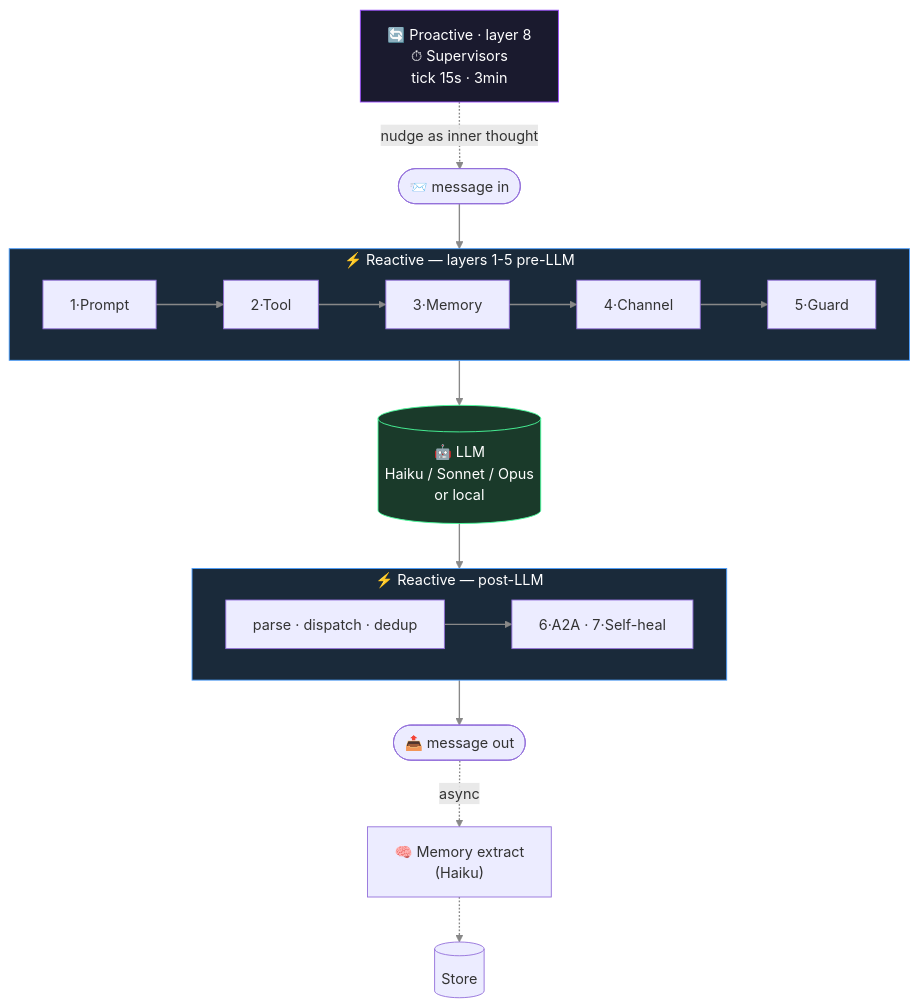
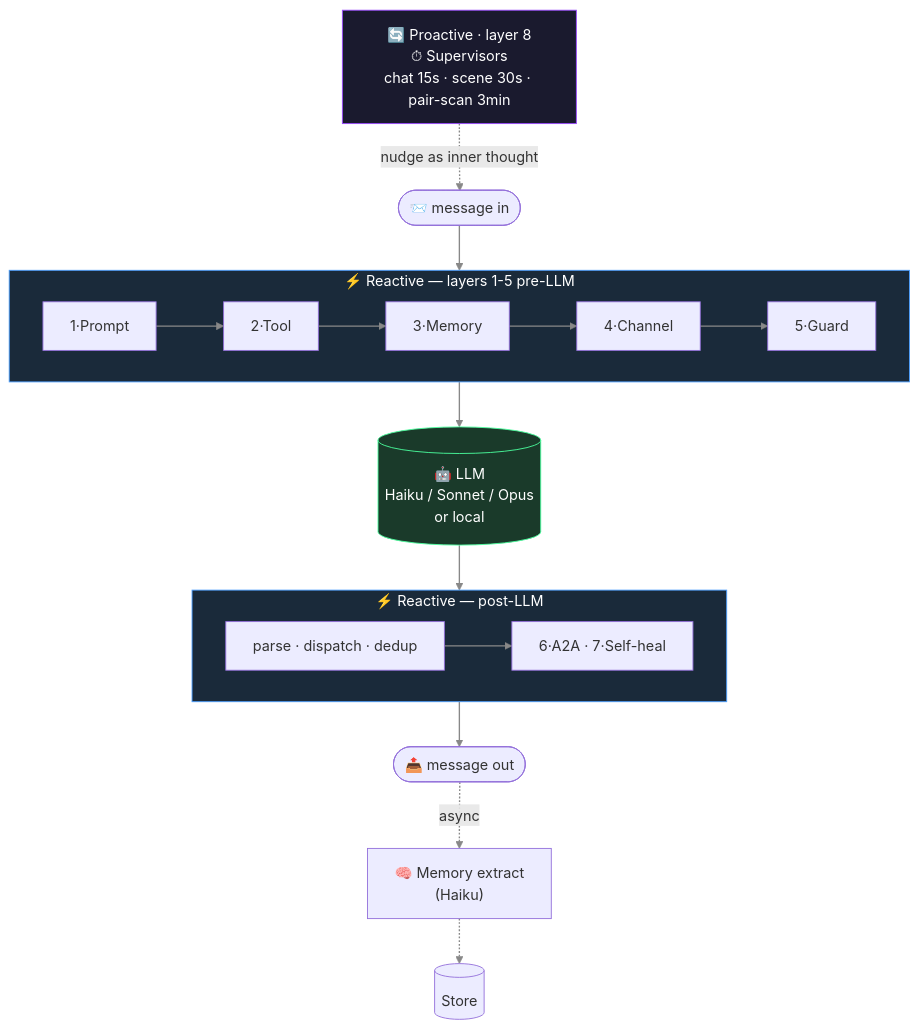
Before and after one commit to je-empty/Glimi: the first of 3 diagrams in README.md, drawn with Mermaid. The commit also changed other lines of this file, not shown here.

````diff
--- a/README.md
+++ b/README.md
@@ -114,24 +114,24 @@
 ```mermaid
 flowchart TB
     linkStyle default stroke:#888,stroke-width:1.5px
     In([📨 message in]) --> Stack
     subgraph Stack["⚡ Reactive — layers 1-5 pre-LLM"]
         direction LR
         R1["1·Prompt"] --> R2["2·Tool"] --> R3["3·Memory"] --> R4["4·Channel"] --> R5["5·Guard"]
     end
     Stack --> LLM[("🤖 LLM<br/>Haiku / Sonnet / Opus<br/>or local")]
     LLM --> Post
     subgraph Post["⚡ Reactive — post-LLM"]
         direction LR
         P1["parse · dispatch · dedup"] --> P2["6·A2A · 7·Self-heal"]
     end
     Post --> Out([📤 message out])
     Out -. "async" .-> Ex["🧠 Memory extract<br/>(Haiku)"] -.-> DB[("Store")]
 
-    Sup["🔄 Proactive · layer 8<br/>⏱ Supervisors<br/>tick 15s · 3min"] -. "nudge as inner thought" .-> In
+    Sup["🔄 Proactive · layer 8<br/>⏱ Supervisors<br/>chat 15s · scene 30s · pair-scan 3min"] -. "nudge as inner thought" .-> In
 
     style Stack fill:#1a2a3a,stroke:#4a9eff,color:#fff
     style Post fill:#1a2a3a,stroke:#4a9eff,color:#fff
     style Sup fill:#1a1a2e,stroke:#9a4aff,color:#fff
     style LLM fill:#1a3a2a,stroke:#4aff9e,color:#fff
 ```
````
